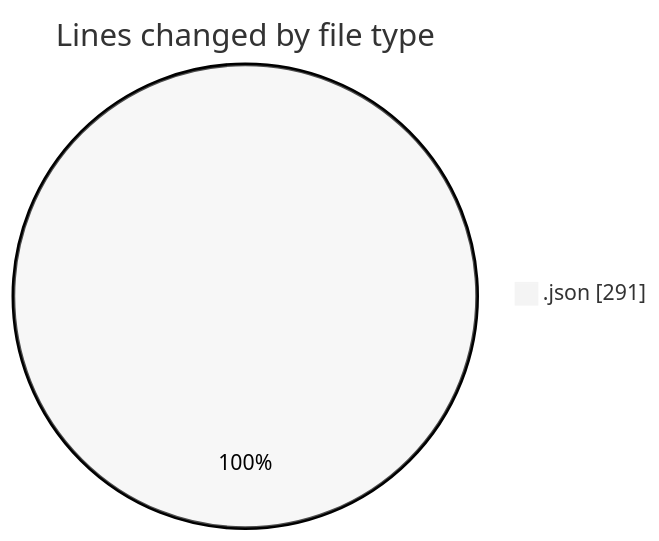
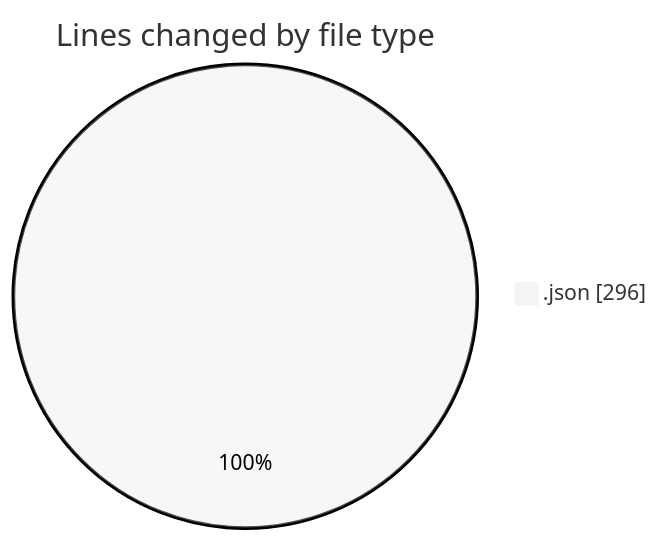
Before and after one commit to julien-gomy/code-tracking: the first of 2 diagrams in 2025-10-07/eventscop-frontend-guide__workspace_/README.md, drawn with Mermaid (neutral theme). The commit also changed other lines of this file and 1 other file, not shown here.

````diff
--- a/2025-10-07/eventscop-frontend-guide__workspace_/README.md
+++ b/2025-10-07/eventscop-frontend-guide__workspace_/README.md
@@ -20,5 +21,5 @@
 ```mermaid
 pie showData
 title Lines changed by file type
-".json" : 291
+".json" : 296
 ```
````
